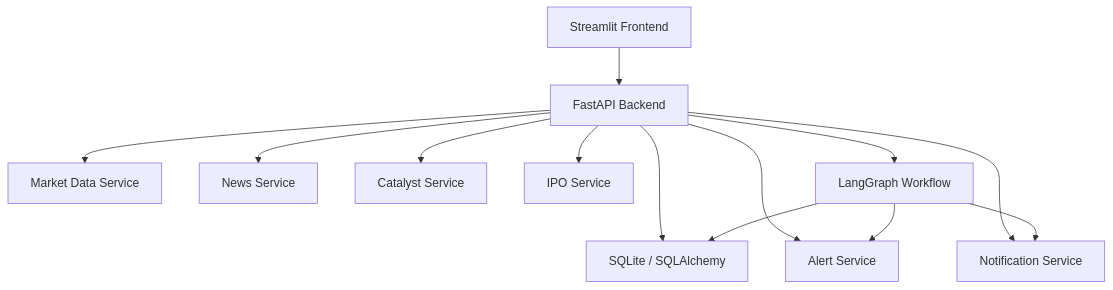
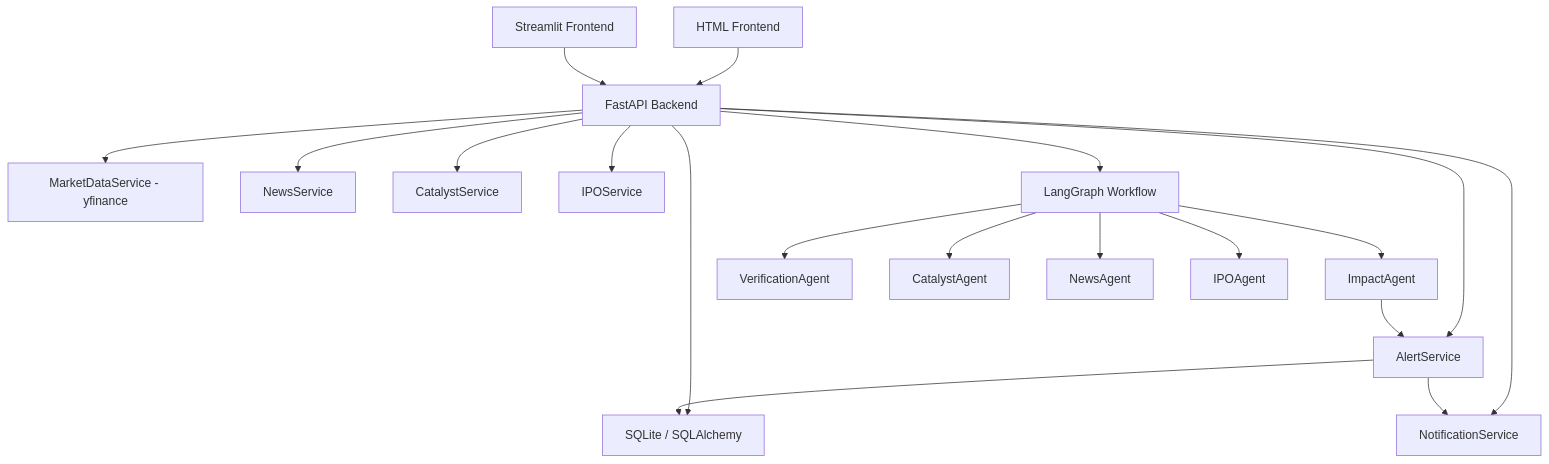
One commit to CCCPIII/agent_HBV changed the diagram in investment-agent-system/README.md. Above: the diagram before and after it, drawn with Mermaid. The commit also changed other lines of this file and 9 other files, not shown here.

````diff
--- a/investment-agent-system/README.md
+++ b/investment-agent-system/README.md
@@ -23,15 +27,21 @@
 ```mermaid
 graph TD
   A[FastAPI Backend] --> B[SQLite / SQLAlchemy]
-  A --> C[Market Data Service]
-  A --> D[News Service]
-  A --> E[Catalyst Service]
-  A --> F[IPO Service]
-  A --> G[Alert Service]
-  A --> H[Notification Service]
+  A --> C[MarketDataService - yfinance]
+  A --> D[NewsService]
+  A --> E[CatalystService]
+  A --> F[IPOService]
+  A --> G[AlertService]
+  A --> H[NotificationService]
   A --> I[LangGraph Workflow]
-  J[Streamlit Frontend] --> A
-  I --> G
-  I --> H
-  I --> B
+  J[HTML Frontend] --> A
+  K[Streamlit Frontend] --> A
+  I --> L[ImpactAgent]
+  I --> M[VerificationAgent]
+  I --> N[CatalystAgent]
+  I --> O[NewsAgent]
+  I --> P[IPOAgent]
+  L --> G
+  G --> H
+  G --> B
 ```
````
